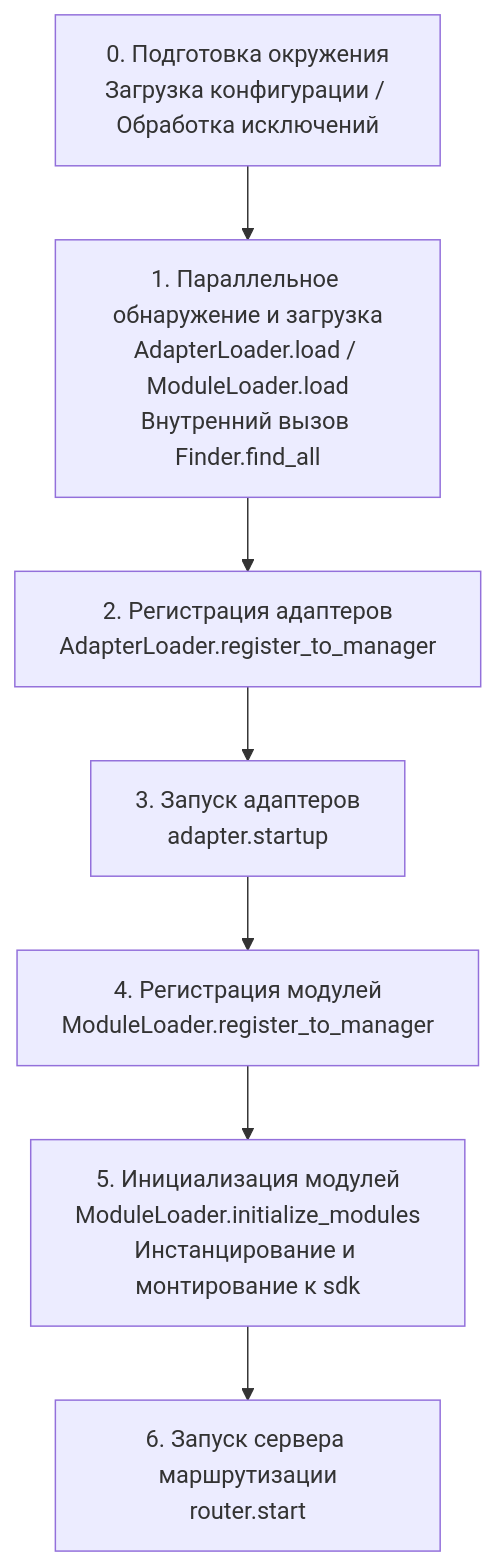
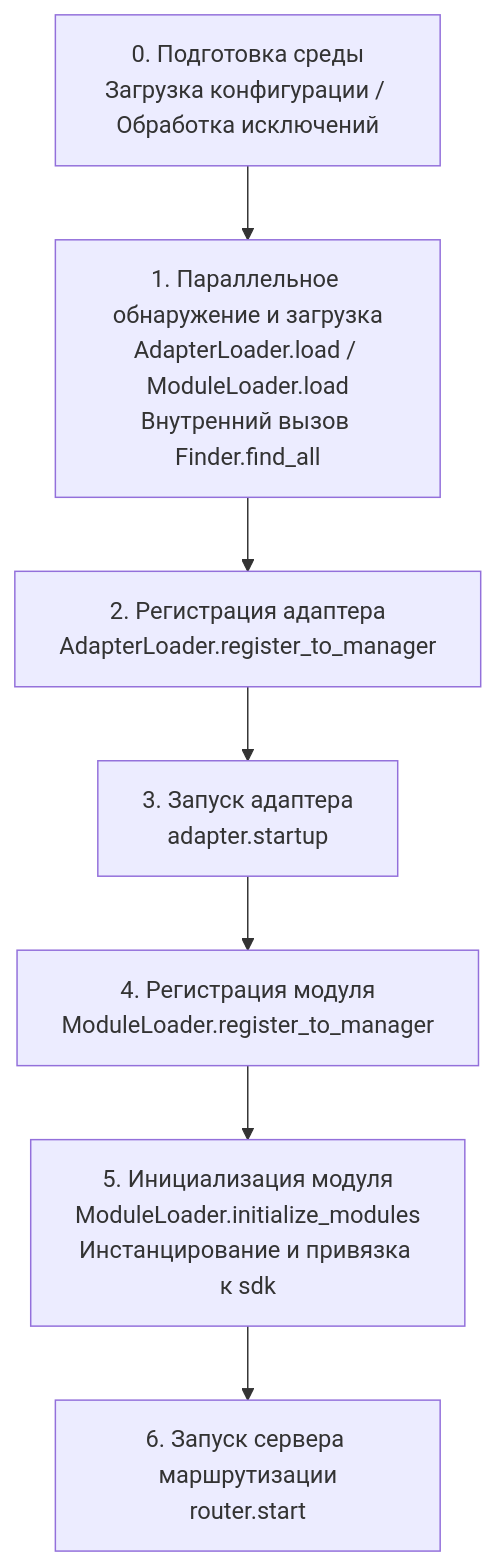
The diagram in docs/ru/advanced/startup.md (ErisPulse/ErisPulse), drawn with Mermaid before and after one commit. The commit also changed other lines of this file and 143 other files, not shown here.

````diff
--- a/docs/ru/advanced/startup.md
+++ b/docs/ru/advanced/startup.md
@@ -27,10 +27,10 @@
 ```mermaid
 flowchart TD
-    A[0. Подготовка окружения<br/>Загрузка конфигурации / Обработка исключений] --> B
+    A[0. Подготовка среды<br/>Загрузка конфигурации / Обработка исключений] --> B
     B[1. Параллельное обнаружение и загрузка<br/>AdapterLoader.load / ModuleLoader.load<br/>Внутренний вызов Finder.find_all] --> C
-    C[2. Регистрация адаптеров<br/>AdapterLoader.register_to_manager] --> D
-    D[3. Запуск адаптеров<br/>adapter.startup] --> E
-    E[4. Регистрация модулей<br/>ModuleLoader.register_to_manager] --> F
-    F[5. Инициализация модулей<br/>ModuleLoader.initialize_modules<br/>Инстанцирование и монтирование к sdk] --> G
+    C[2. Регистрация адаптера<br/>AdapterLoader.register_to_manager] --> D
+    D[3. Запуск адаптера<br/>adapter.startup] --> E
+    E[4. Регистрация модуля<br/>ModuleLoader.register_to_manager] --> F
+    F[5. Инициализация модуля<br/>ModuleLoader.initialize_modules<br/>Инстанцирование и привязка к sdk] --> G
     G[6. Запуск сервера маршрутизации<br/>router.start]
 ```
````
